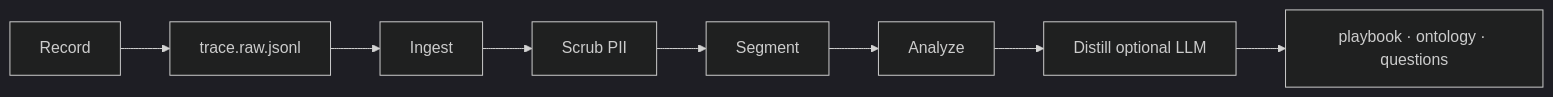
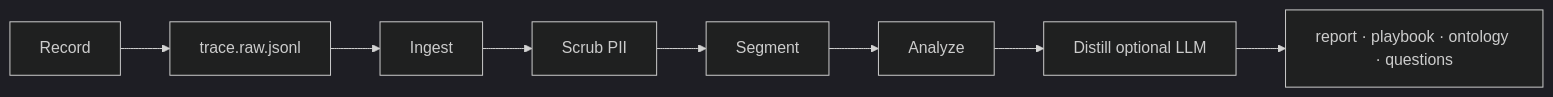
Before and after one commit to trybacked/falcon: the first of 2 diagrams in README.md, drawn with Mermaid (dark theme). The commit also changed other lines of this file and 14 other files, not shown here.

````diff
--- a/README.md
+++ b/README.md
@@ -72,10 +72,10 @@
 ```mermaid
 flowchart LR
   record["Record"] --> raw["trace.raw.jsonl"]
   raw --> ingest["Ingest"]
   ingest --> scrub["Scrub PII"]
   scrub --> segment["Segment"]
   segment --> analyze["Analyze"]
   analyze --> distill["Distill optional LLM"]
-  distill --> out["playbook · ontology · questions"]
+  distill --> out["report · playbook · ontology · questions"]
 ```
````
